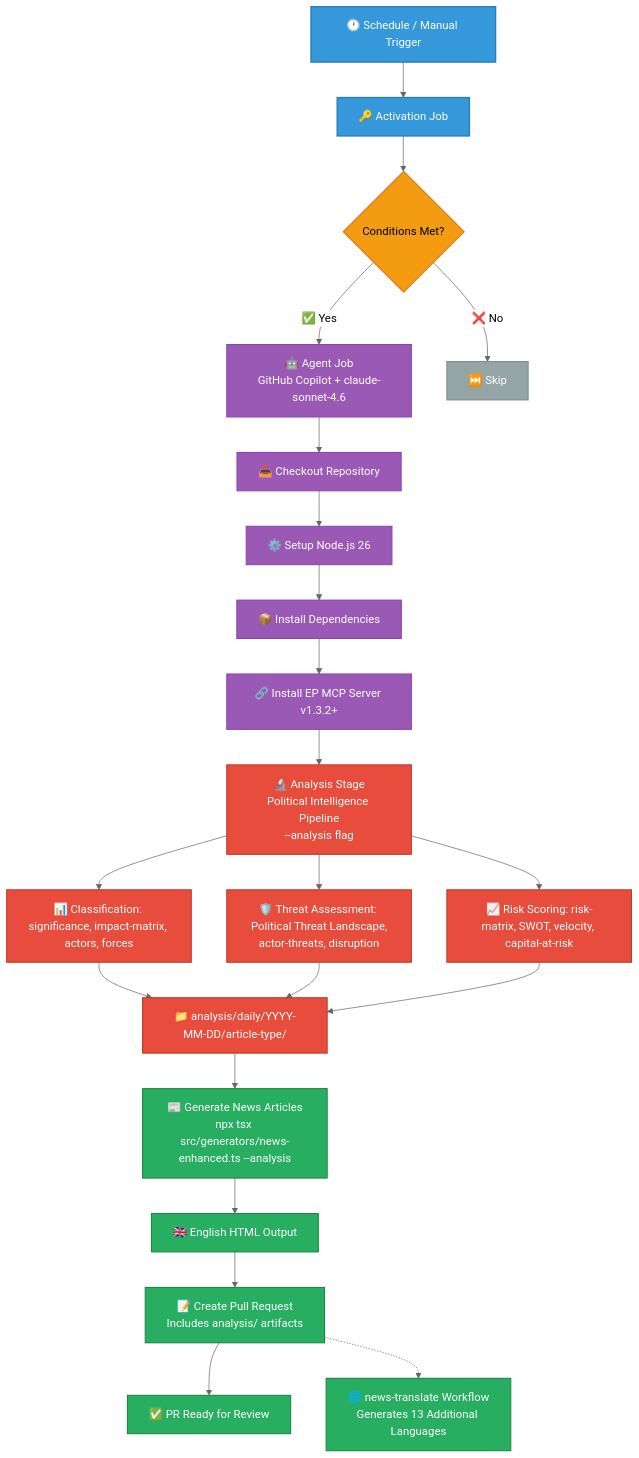
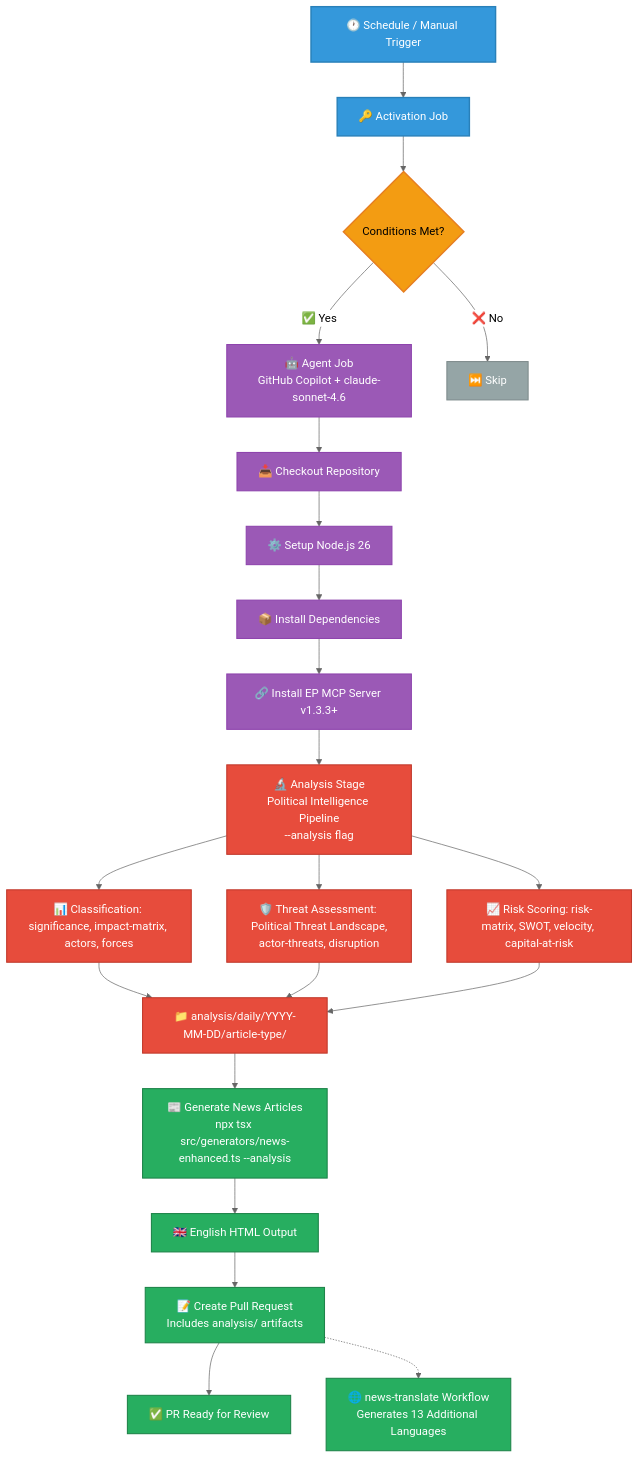
Before and after one commit to Hack23/euparliamentmonitor: the third of 22 diagrams in WORKFLOWS.md, drawn with Mermaid (neutral theme). The commit also changed other lines of this file and 100 other files, not shown here.

First line of the commit message:
chore: bump european-parliament-mcp-server from 1.3.2 to 1.3.3 across all config, workflows, code, and docs

````diff
--- a/WORKFLOWS.md
+++ b/WORKFLOWS.md
@@ -275,37 +275,37 @@
 ```mermaid
 graph TD
     A[🕐 Schedule / Manual Trigger] --> B[🔑 Activation Job]
     B --> C{Conditions Met?}
     C -->|✅ Yes| D[🤖 Agent Job<br/>GitHub Copilot + claude-sonnet-4.6]
     C -->|❌ No| E[⏭️ Skip]
     D --> F[📥 Checkout Repository]
     F --> G[⚙️ Setup Node.js 26]
     G --> H[📦 Install Dependencies]
-    H --> I[🔗 Install EP MCP Server v1.3.2+]
+    H --> I[🔗 Install EP MCP Server v1.3.3+]
     I --> J1[🔬 Analysis Stage<br/>Political Intelligence Pipeline<br/>--analysis flag]
     J1 --> J1a[📊 Classification: significance, impact-matrix, actors, forces]
     J1 --> J1b[🛡️ Threat Assessment: Political Threat Landscape,<br/>actor-threats, disruption]
     J1 --> J1c[📈 Risk Scoring: risk-matrix, SWOT, velocity, capital-at-risk]
     J1a --> J1d["📁 analysis/daily/YYYY-MM-DD/article-type/"]
     J1b --> J1d
     J1c --> J1d
     J1d --> J[📰 Generate News Articles<br/>npx tsx src/generators/news-enhanced.ts --analysis]
     J --> K[🇬🇧 English HTML Output]
     K --> L[📝 Create Pull Request<br/>Includes analysis/ artifacts]
     L --> M[✅ PR Ready for Review]
     L -.-> N[🌐 news-translate Workflow<br/>Generates 13 Additional Languages]
 
     classDef trigger fill:#3498db,stroke:#2980b9,stroke-width:2px,color:white
     classDef process fill:#9b59b6,stroke:#8e44ad,stroke-width:1.5px,color:white
     classDef decision fill:#f39c12,stroke:#e67e22,stroke-width:2px,color:black
     classDef skip fill:#95a5a6,stroke:#7f8c8d,stroke-width:1.5px,color:white
     classDef analysis fill:#e74c3c,stroke:#c0392b,stroke-width:1.5px,color:white
     classDef output fill:#27ae60,stroke:#1e8449,stroke-width:1.5px,color:white
 
     class A,B trigger
     class D,F,G,H,I process
     class C decision
     class E skip
     class J1,J1a,J1b,J1c,J1d analysis
     class J,K,L,M,N output
 ```
````
